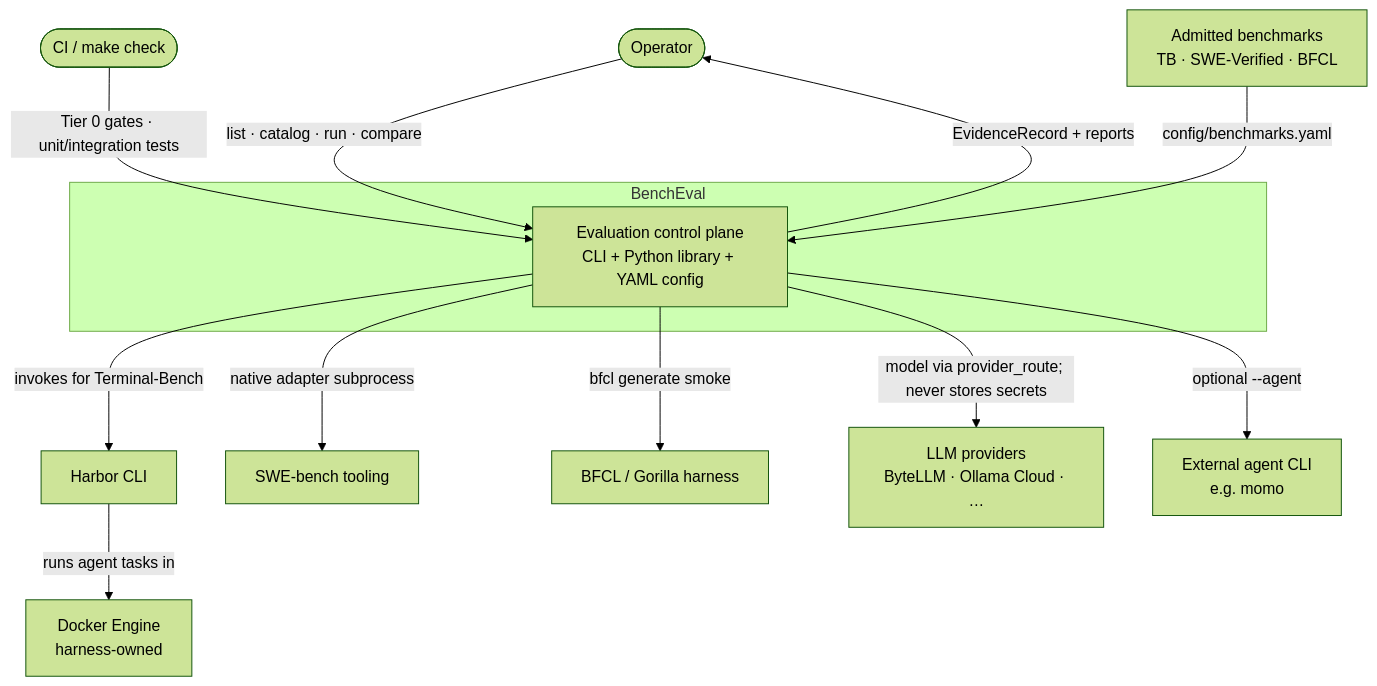
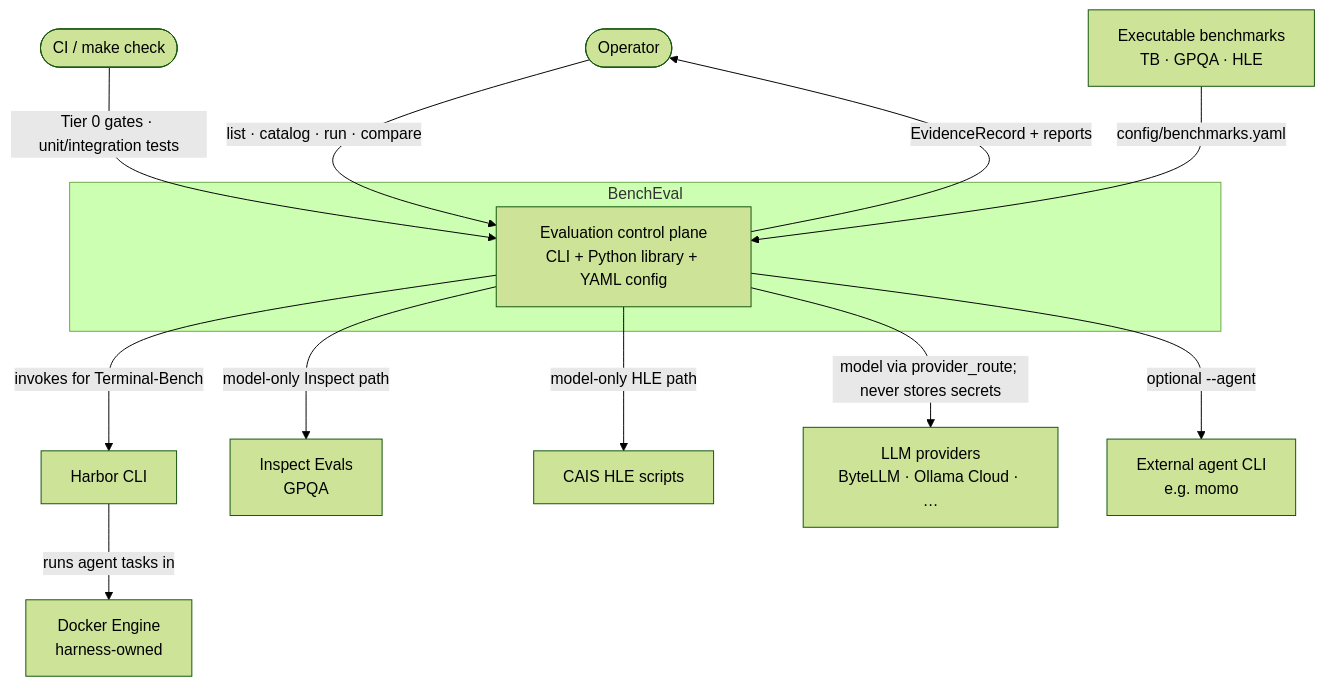
One commit to Lyther/BenchEval changed the diagram in docs/diagrams/context.md. Above: the diagram before and after it, drawn with Mermaid (forest theme). The commit also changed 23 other files, not shown here.

````diff
--- a/docs/diagrams/context.md
+++ b/docs/diagrams/context.md
@@ -5,28 +5,28 @@
 ```mermaid
 flowchart TB
     Op([Operator])
     CI([CI / make check])
 
     subgraph System["BenchEval"]
         BE["Evaluation control plane<br/>CLI + Python library + YAML config"]
     end
 
     Harbor["Harbor CLI"]
     Docker["Docker Engine<br/>harness-owned"]
-    SWE["SWE-bench tooling"]
-    BFCL["BFCL / Gorilla harness"]
+    Inspect["Inspect Evals<br/>GPQA"]
+    HLE["CAIS HLE scripts"]
     Provider["LLM providers<br/>ByteLLM · Ollama Cloud · …"]
     AgentCLI["External agent CLI<br/>e.g. momo"]
-    Catalog["Admitted benchmarks<br/>TB · SWE-Verified · BFCL"]
+    Catalog["Executable benchmarks<br/>TB · GPQA · HLE"]
 
     Op -->|list · catalog · run · compare| BE
     CI -->|Tier 0 gates · unit/integration tests| BE
     BE -->|invokes for Terminal-Bench| Harbor
     Harbor -->|runs agent tasks in| Docker
-    BE -->|native adapter subprocess| SWE
-    BE -->|bfcl generate smoke| BFCL
+    BE -->|model-only Inspect path| Inspect
+    BE -->|model-only HLE path| HLE
     BE -->|model via provider_route; never stores secrets| Provider
     BE -->|optional --agent| AgentCLI
     Catalog -->|config/benchmarks.yaml| BE
     BE -->|EvidenceRecord + reports| Op
 ```
````
